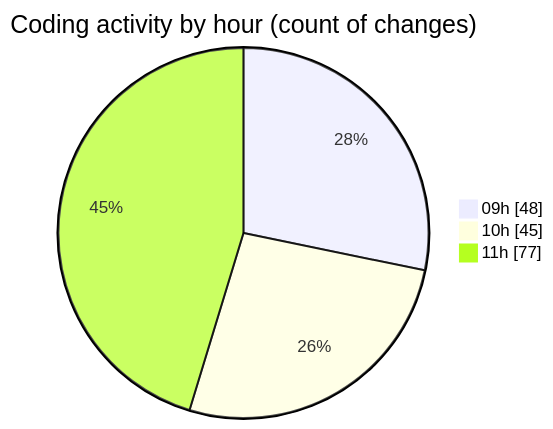
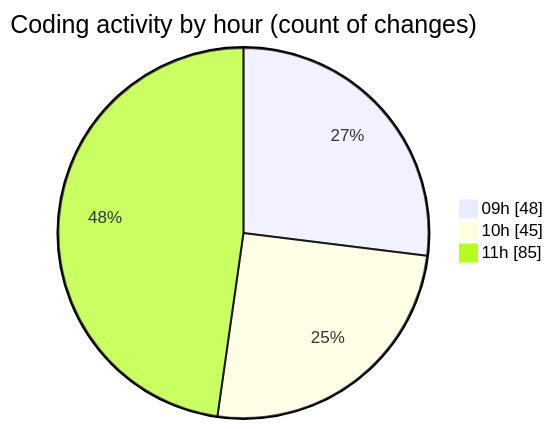
One commit to momahboobian/code-tracking changed the second of 2 diagrams in 2025-03-14/cda/README.md. Above: the diagram before and after it, drawn with Mermaid. The commit also changed other lines of this file and 1 other file, not shown here.

````diff
--- a/2025-03-14/cda/README.md
+++ b/2025-03-14/cda/README.md
@@ -45,7 +45,7 @@
 ```mermaid
 pie showData
 title Coding activity by hour (count of changes)
 "09h" : 48
 "10h" : 45
-"11h" : 77
+"11h" : 85
 ```
````
